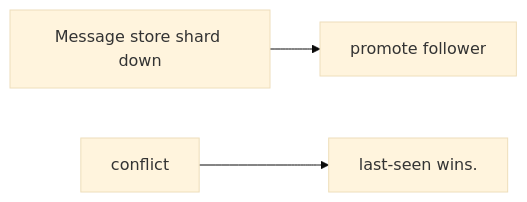
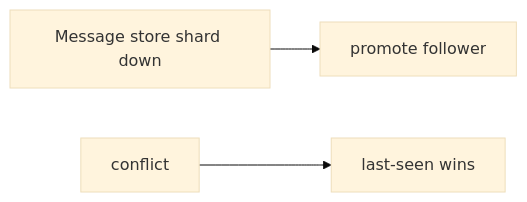
Before and after one commit to RIT-MESH/system-design-mastery: the third of 3 diagrams in case-studies/intermediate/chat-application.md, drawn with Mermaid (base theme). The commit also changed other lines of this file and 215 other files, not shown here.

First line of the commit message:
Complete all remaining work: expand case studies, add 13 AI case studies, fix diagrams, status to Complete

````diff
--- a/case-studies/intermediate/chat-application.md
+++ b/case-studies/intermediate/chat-application.md
@@ -142,10 +175,10 @@
 ```mermaid
 %% created-for: system-design-mastery
 flowchart LR
   C1["Message store shard down"]
   R2["promote follower"]
   C1 --> R2
   C3["conflict"]
-  R4["last-seen wins."]
+  R4["last-seen wins"]
   C3 --> R4
 ```
````
